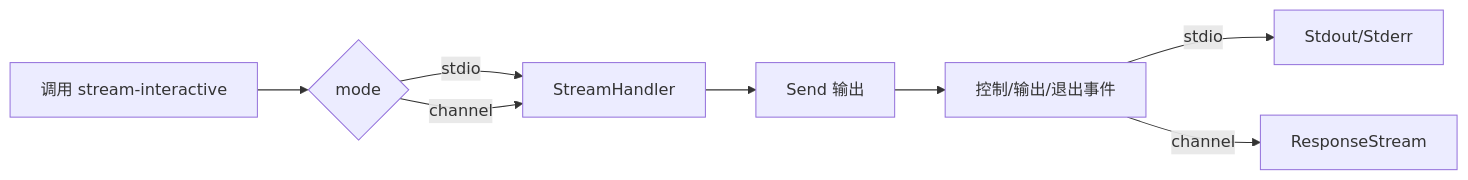
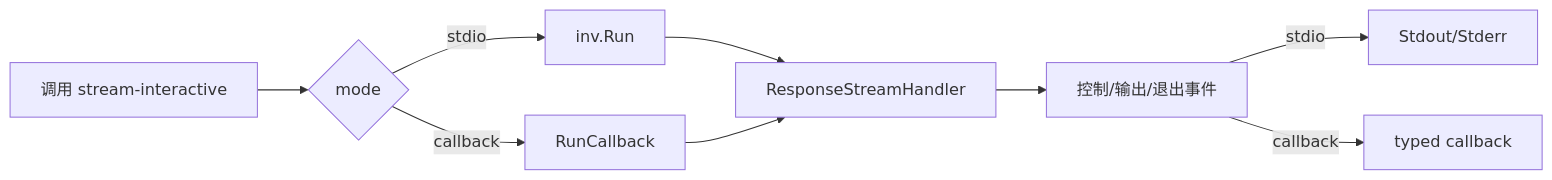
One commit to pubgo/redant changed the diagram in example/stream-interactive/README.md. Above: the diagram before and after it, drawn with Mermaid. The commit also changed other lines of this file and 15 other files, not shown here.

````diff
--- a/example/stream-interactive/README.md
+++ b/example/stream-interactive/README.md
@@ -14,10 +14,11 @@
 ```mermaid
 flowchart LR
     A[调用 stream-interactive] --> B{mode}
-    B -- stdio --> C[StreamHandler]
-    B -- channel --> C
-    C --> E[Send 输出]
+    B -- stdio --> C[inv.Run]
+    B -- callback --> D[RunCallback]
+    C --> E[ResponseStreamHandler]
+    D --> E
     E --> F[控制/输出/退出事件]
     F -- stdio --> G[Stdout/Stderr]
-    F -- channel --> H[ResponseStream]
+    F -- callback --> H[typed callback]
 ```
````
